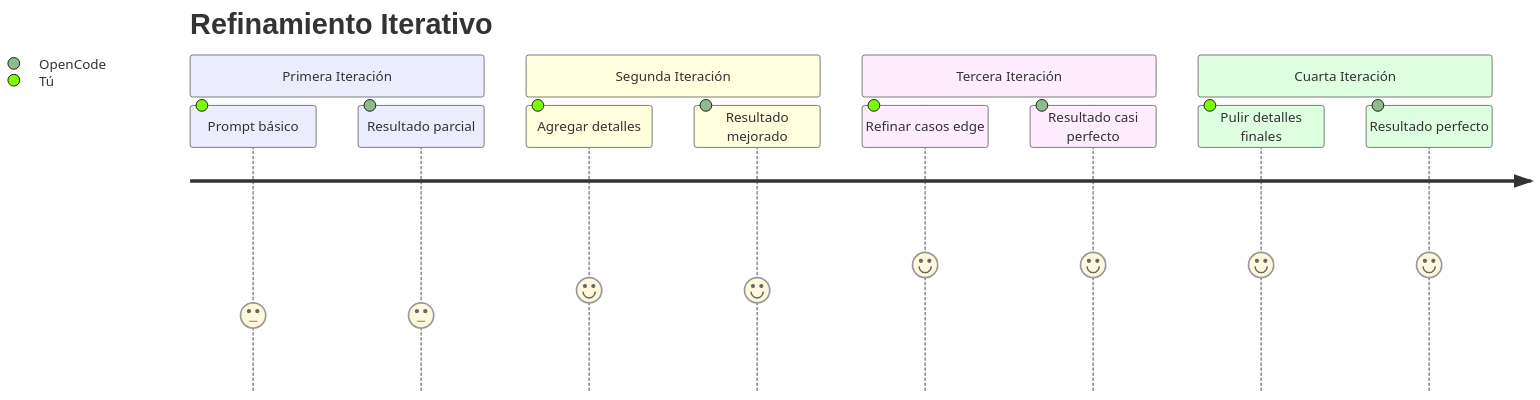
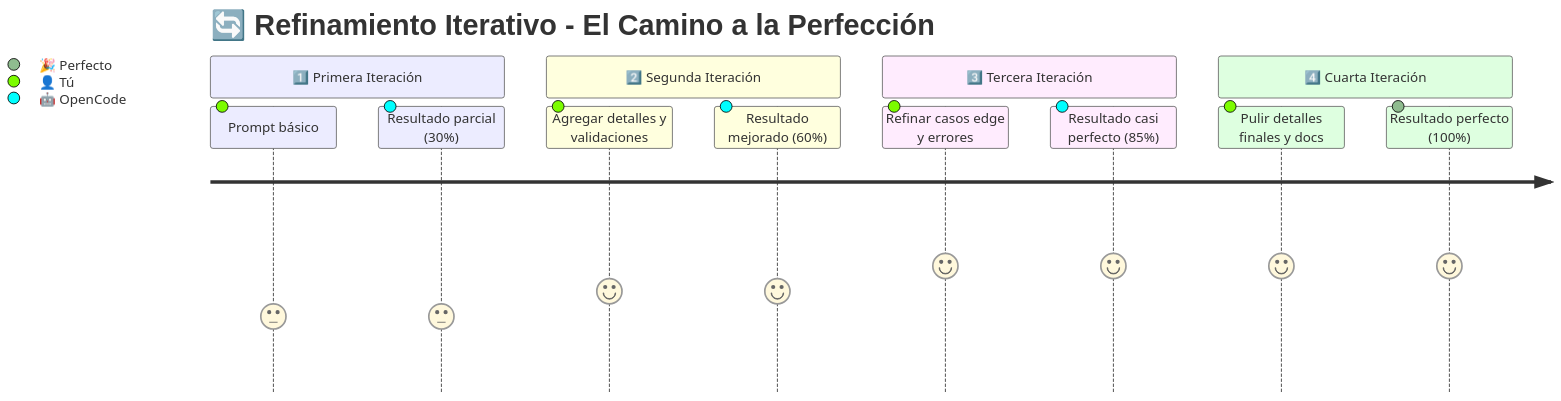
The tenth of 18 diagrams in courses/🟡-development/FPUNA-2026/00-FUNDAMENTOS-PRINCIPALES/03-ingenieria-prompts.md (Ai-Whisperers/Courses-Content), drawn with Mermaid before and after one commit. The commit also changed other lines of this file, not shown here.

First line of the commit message:
Improve 10/18 Mermaid diagrams in 03-ingenieria-prompts.md

````diff
--- a/courses/🟡-development/FPUNA-2026/00-FUNDAMENTOS-PRINCIPALES/03-ingenieria-prompts.md
+++ b/courses/🟡-development/FPUNA-2026/00-FUNDAMENTOS-PRINCIPALES/03-ingenieria-prompts.md
@@ -584,16 +598,16 @@
 ```mermaid
 journey
-    title Refinamiento Iterativo
-    section Primera Iteración
-      Prompt básico: 3: Tú
-      Resultado parcial: 3: OpenCode
-    section Segunda Iteración
-      Agregar detalles: 4: Tú
-      Resultado mejorado: 4: OpenCode
-    section Tercera Iteración
-      Refinar casos edge: 5: Tú
-      Resultado casi perfecto: 5: OpenCode
-    section Cuarta Iteración
-      Pulir detalles finales: 5: Tú
-      Resultado perfecto: 5: OpenCode
+    title 🔄 Refinamiento Iterativo - El Camino a la Perfección
+    section 1️⃣ Primera Iteración
+      Prompt básico: 3: 👤 Tú
+      Resultado parcial (30%): 3: 🤖 OpenCode
+    section 2️⃣ Segunda Iteración
+      Agregar detalles y validaciones: 4: 👤 Tú
+      Resultado mejorado (60%): 4: 🤖 OpenCode
+    section 3️⃣ Tercera Iteración
+      Refinar casos edge y errores: 5: 👤 Tú
+      Resultado casi perfecto (85%): 5: 🤖 OpenCode
+    section 4️⃣ Cuarta Iteración
+      Pulir detalles finales y docs: 5: 👤 Tú
+      Resultado perfecto (100%): 5: 🎉 Perfecto
 ```
````
